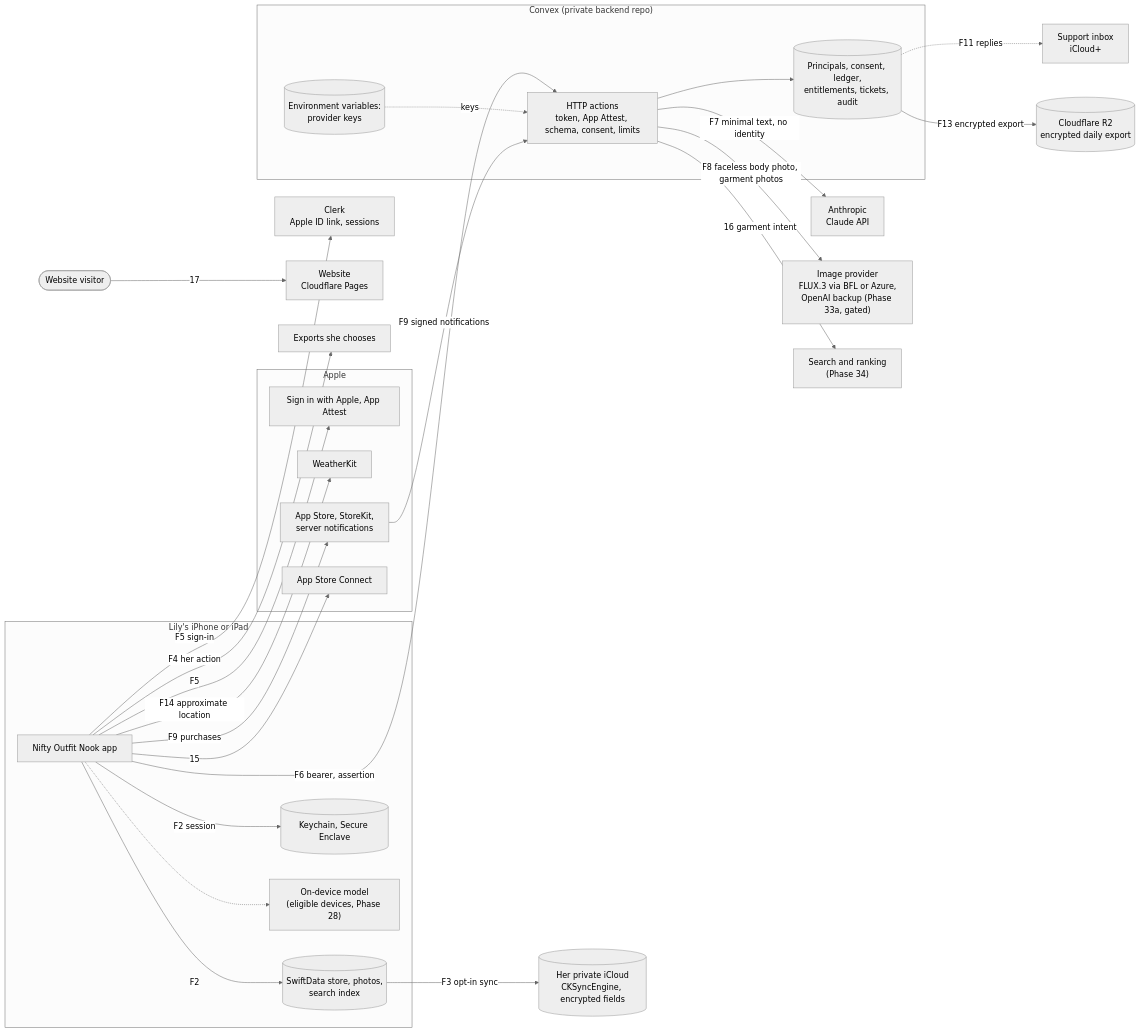
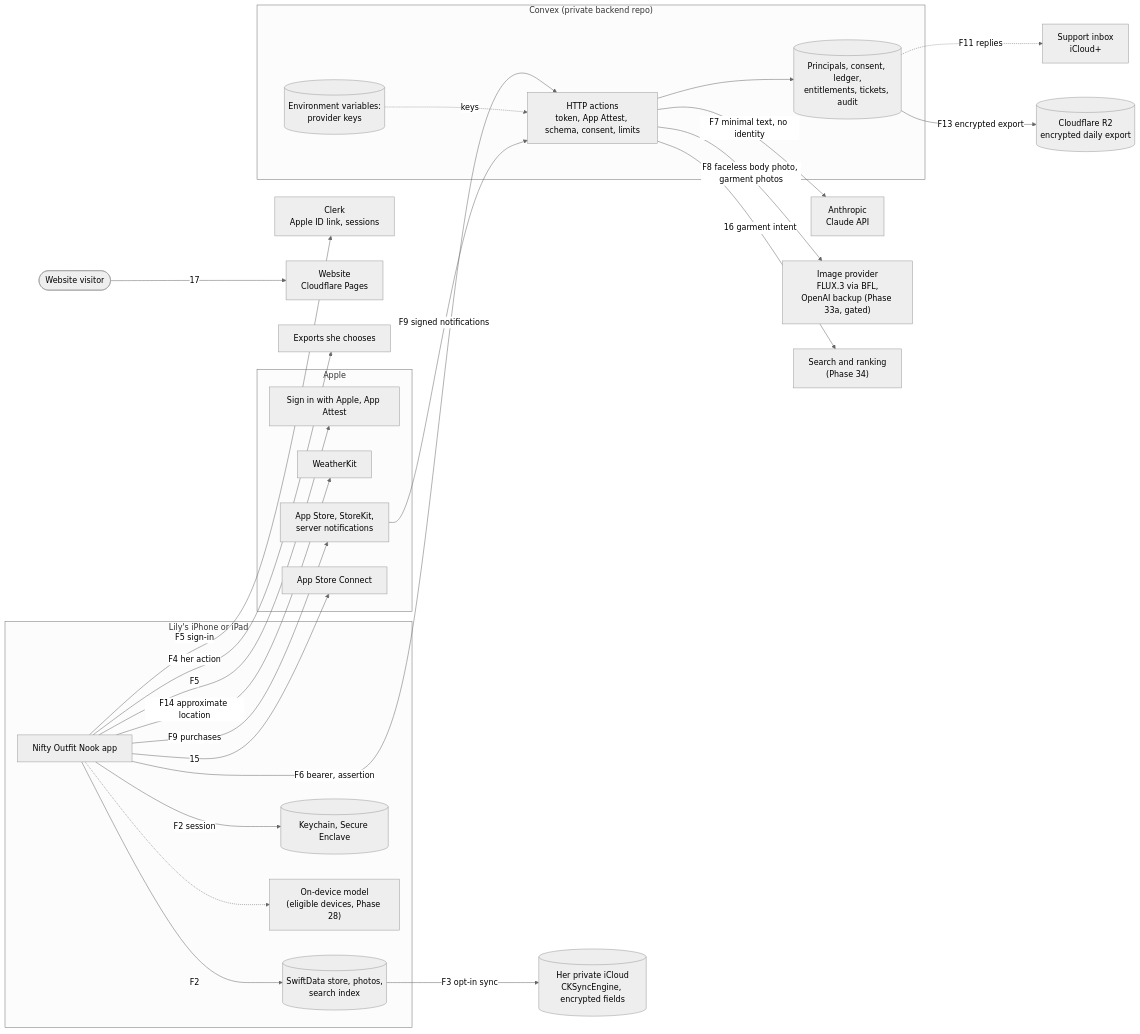
One commit to jsayram/closet changed the diagram in DATA_MAP.md. Above: the diagram before and after it, drawn with Mermaid (neutral theme). The commit also changed other lines of this file and 4 other files, not shown here.

````diff
--- a/DATA_MAP.md
+++ b/DATA_MAP.md
@@ -221,56 +221,56 @@
 ```mermaid
 flowchart LR
     subgraph Phone["Lily's iPhone or iPad"]
         App["Nifty Outfit Nook app"]
         Store[("SwiftData store, photos,<br/>search index")]
         KC[("Keychain, Secure Enclave")]
         FM["On-device model<br/>(eligible devices, Phase 28)"]
     end
 
     iCloud[("Her private iCloud<br/>CKSyncEngine, encrypted fields")]
     Clerk["Clerk<br/>Apple ID link, sessions"]
 
     subgraph Convex["Convex (private backend repo)"]
         GW["HTTP actions<br/>token, App Attest, schema, consent, limits"]
         DB[("Principals, consent, ledger,<br/>entitlements, tickets, audit")]
         Env[("Environment variables:<br/>provider keys")]
     end
 
     Claude["Anthropic<br/>Claude API"]
-    WS["Image provider<br/>FLUX.3 via BFL or Azure,<br/>OpenAI backup (Phase 33a, gated)"]
+    WS["Image provider<br/>FLUX.3 via BFL,<br/>OpenAI backup (Phase 33a, gated)"]
     Search["Search and ranking<br/>(Phase 34)"]
     R2[("Cloudflare R2<br/>encrypted daily export")]
 
     subgraph Apple["Apple"]
         SIWA["Sign in with Apple, App Attest"]
         Weather["WeatherKit"]
         StoreKit["App Store, StoreKit,<br/>server notifications"]
         ASC["App Store Connect"]
     end
 
     Inbox["Support inbox<br/>iCloud+"]
     Web["Website<br/>Cloudflare Pages"]
     Out["Exports she chooses"]
     Visitor(["Website visitor"])
 
     App -- "F2" --> Store
     App -- "F2 session" --> KC
     App -.-> FM
     Store -- "F3 opt-in sync" --> iCloud
     App -- "F4 her action" --> Out
     App -- "F5" --> SIWA
     App -- "F5 sign-in" --> Clerk
     App -- "F6 bearer, assertion" --> GW
     GW --> DB
     Env -. keys .-> GW
     GW -- "F7 minimal text, no identity" --> Claude
     GW -- "F8 faceless body photo, garment photos" --> WS
     GW -- "16 garment intent" --> Search
     StoreKit -- "F9 signed notifications" --> GW
     App -- "F9 purchases" --> StoreKit
     DB -. "F11 replies" .-> Inbox
     DB -- "F13 encrypted export" --> R2
     App -- "F14 approximate location" --> Weather
     App -- "15" --> ASC
     Visitor -- "17" --> Web
 ```
````
